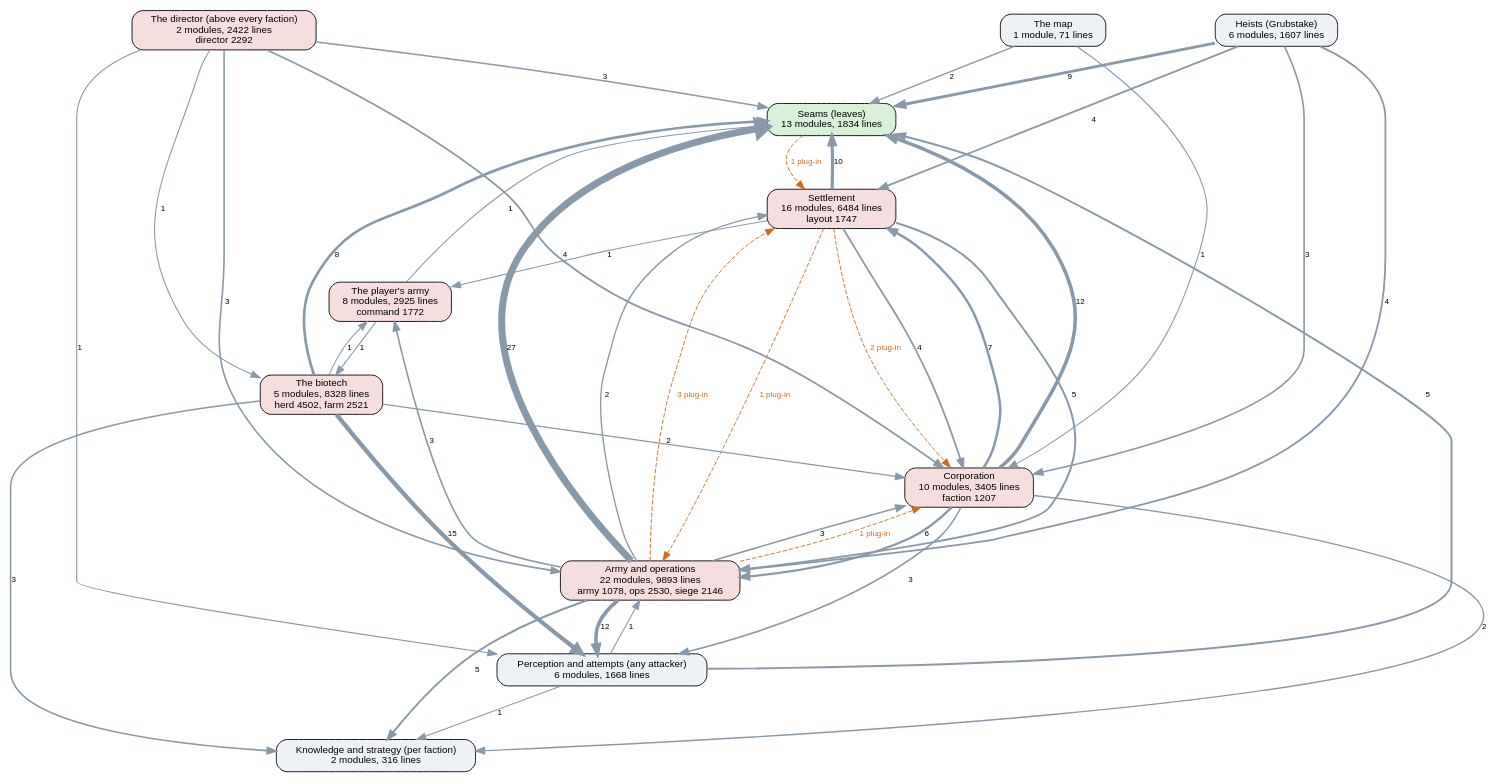
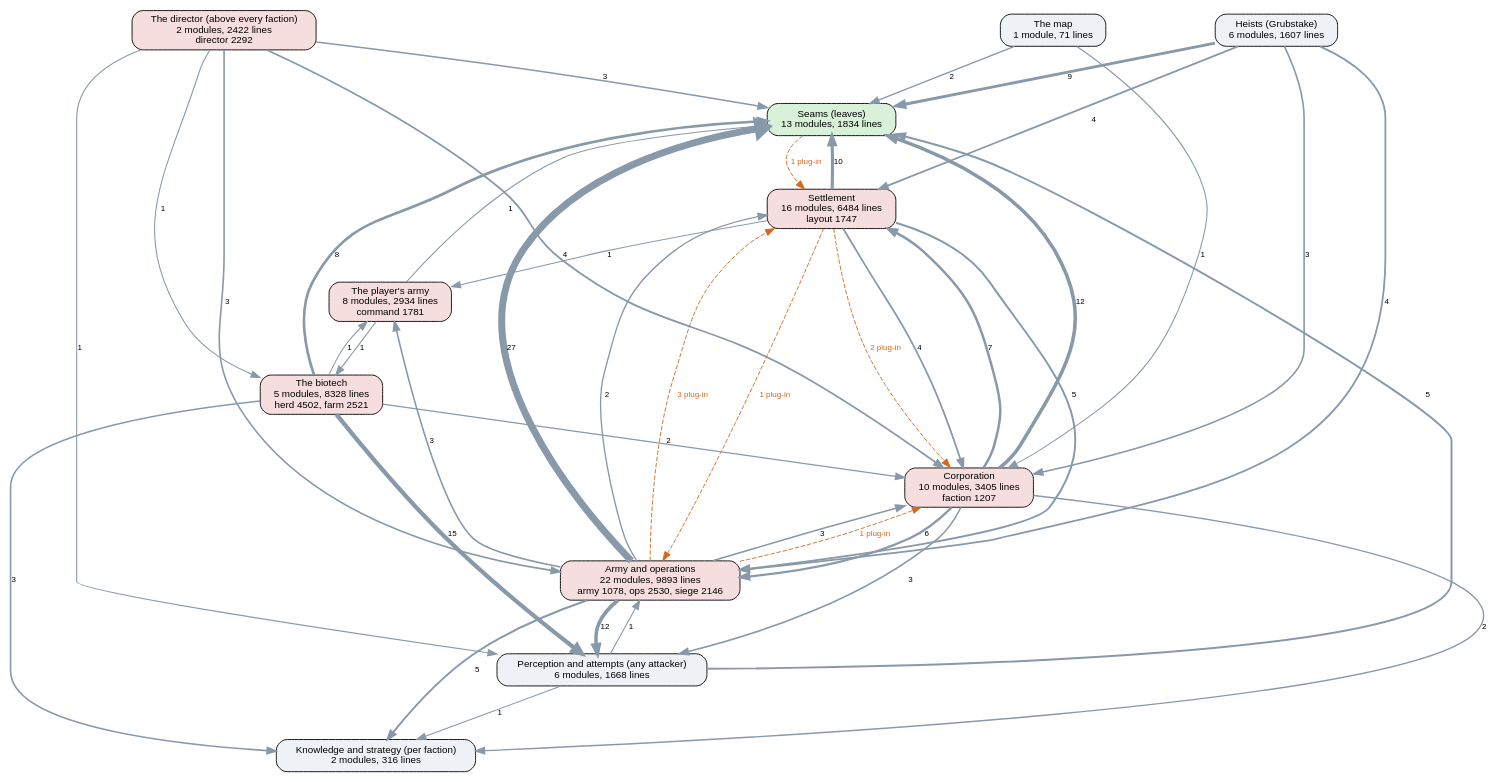
Before and after one commit to kinelhu/landing-party: the diagram in docs/ai-layers.dot, drawn with Graphviz. The commit also changed 12 other files, not shown here.

```diff
--- a/docs/ai-layers.dot
+++ b/docs/ai-layers.dot
@@ -1,57 +1,57 @@
 digraph layers {
   graph [rankdir=TB, fontname="Helvetica", nodesep=0.5, ranksep=0.7];
   node [shape=box, style="rounded,filled", fontname="Helvetica", fontsize=11, fillcolor="#eef2f7"];
   edge [color="#8899aa", fontname="Helvetica", fontsize=9];
   "Seams (leaves)" [label="Seams (leaves)\n13 modules, 1834 lines", fillcolor="#d9f0d9"];
   "Perception and attempts (any attacker)" [label="Perception and attempts (any attacker)\n6 modules, 1668 lines", fillcolor="#eef2f7"];
   "Knowledge and strategy (per faction)" [label="Knowledge and strategy (per faction)\n2 modules, 316 lines", fillcolor="#eef2f7"];
   "The director (above every faction)" [label="The director (above every faction)\n2 modules, 2422 lines\ndirector 2292", fillcolor="#f7dede"];
   "Corporation" [label="Corporation\n10 modules, 3405 lines\nfaction 1207", fillcolor="#f7dede"];
   "Settlement" [label="Settlement\n16 modules, 6484 lines\nlayout 1747", fillcolor="#f7dede"];
   "Army and operations" [label="Army and operations\n22 modules, 9893 lines\narmy 1078, ops 2530, siege 2146", fillcolor="#f7dede"];
   "Heists (Grubstake)" [label="Heists (Grubstake)\n6 modules, 1607 lines", fillcolor="#eef2f7"];
   "The biotech" [label="The biotech\n5 modules, 8328 lines\nherd 4502, farm 2521", fillcolor="#f7dede"];
   "The map" [label="The map\n1 module, 71 lines", fillcolor="#eef2f7"];
-  "The player's army" [label="The player's army\n8 modules, 2925 lines\ncommand 1772", fillcolor="#f7dede"];
+  "The player's army" [label="The player's army\n8 modules, 2934 lines\ncommand 1781", fillcolor="#f7dede"];
   "Army and operations" -> "Corporation" [label="3", penwidth=1.8];
   "Army and operations" -> "Knowledge and strategy (per faction)" [label="5", penwidth=2.2];
   "Army and operations" -> "Perception and attempts (any attacker)" [label="12", penwidth=4.0];
   "Army and operations" -> "Seams (leaves)" [label="27", penwidth=7.8];
   "Army and operations" -> "Settlement" [label="2", penwidth=1.5];
   "Army and operations" -> "The player's army" [label="3", penwidth=1.8];
   "Corporation" -> "Army and operations" [label="6", penwidth=2.5];
   "Corporation" -> "Knowledge and strategy (per faction)" [label="2", penwidth=1.5];
   "Corporation" -> "Perception and attempts (any attacker)" [label="3", penwidth=1.8];
   "Corporation" -> "Seams (leaves)" [label="12", penwidth=4.0];
   "Corporation" -> "Settlement" [label="7", penwidth=2.8];
   "Heists (Grubstake)" -> "Army and operations" [label="4", penwidth=2.0];
   "Heists (Grubstake)" -> "Corporation" [label="3", penwidth=1.8];
   "Heists (Grubstake)" -> "Seams (leaves)" [label="9", penwidth=3.2];
   "Heists (Grubstake)" -> "Settlement" [label="4", penwidth=2.0];
   "Perception and attempts (any attacker)" -> "Army and operations" [label="1", penwidth=1.2];
   "Perception and attempts (any attacker)" -> "Knowledge and strategy (per faction)" [label="1", penwidth=1.2];
   "Perception and attempts (any attacker)" -> "Seams (leaves)" [label="5", penwidth=2.2];
   "Settlement" -> "Army and operations" [label="5", penwidth=2.2];
   "Settlement" -> "Corporation" [label="4", penwidth=2.0];
   "Settlement" -> "Seams (leaves)" [label="10", penwidth=3.5];
   "Settlement" -> "The player's army" [label="1", penwidth=1.2];
   "The biotech" -> "Corporation" [label="2", penwidth=1.5];
   "The biotech" -> "Knowledge and strategy (per faction)" [label="3", penwidth=1.8];
   "The biotech" -> "Perception and attempts (any attacker)" [label="15", penwidth=4.8];
   "The biotech" -> "Seams (leaves)" [label="8", penwidth=3.0];
   "The biotech" -> "The player's army" [label="1", penwidth=1.2];
   "The director (above every faction)" -> "Army and operations" [label="3", penwidth=1.8];
   "The director (above every faction)" -> "Corporation" [label="4", penwidth=2.0];
   "The director (above every faction)" -> "Perception and attempts (any attacker)" [label="1", penwidth=1.2];
   "The director (above every faction)" -> "Seams (leaves)" [label="3", penwidth=1.8];
   "The director (above every faction)" -> "The biotech" [label="1", penwidth=1.2];
   "The map" -> "Corporation" [label="1", penwidth=1.2];
   "The map" -> "Seams (leaves)" [label="2", penwidth=1.5];
   "The player's army" -> "Seams (leaves)" [label="1", penwidth=1.2];
   "The player's army" -> "The biotech" [label="1", penwidth=1.2];
   "Army and operations" -> "Corporation" [style=dashed, color="#d2691e", fontcolor="#d2691e", label="1 plug-in"];
   "Army and operations" -> "Settlement" [style=dashed, color="#d2691e", fontcolor="#d2691e", label="3 plug-in"];
   "Seams (leaves)" -> "Settlement" [style=dashed, color="#d2691e", fontcolor="#d2691e", label="1 plug-in"];
   "Settlement" -> "Army and operations" [style=dashed, color="#d2691e", fontcolor="#d2691e", label="1 plug-in"];
   "Settlement" -> "Corporation" [style=dashed, color="#d2691e", fontcolor="#d2691e", label="2 plug-in"];
 }
```
